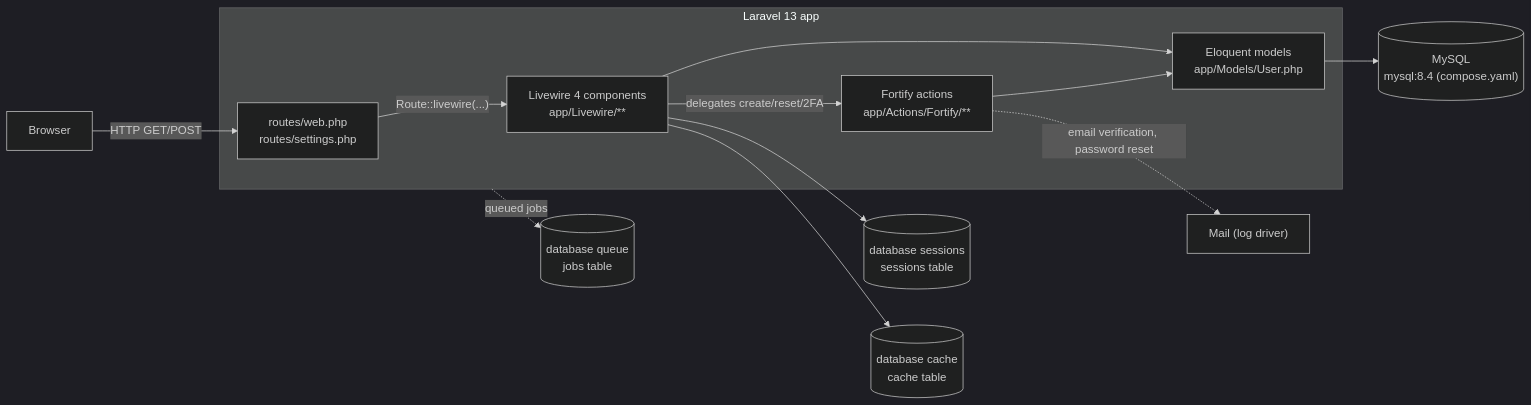
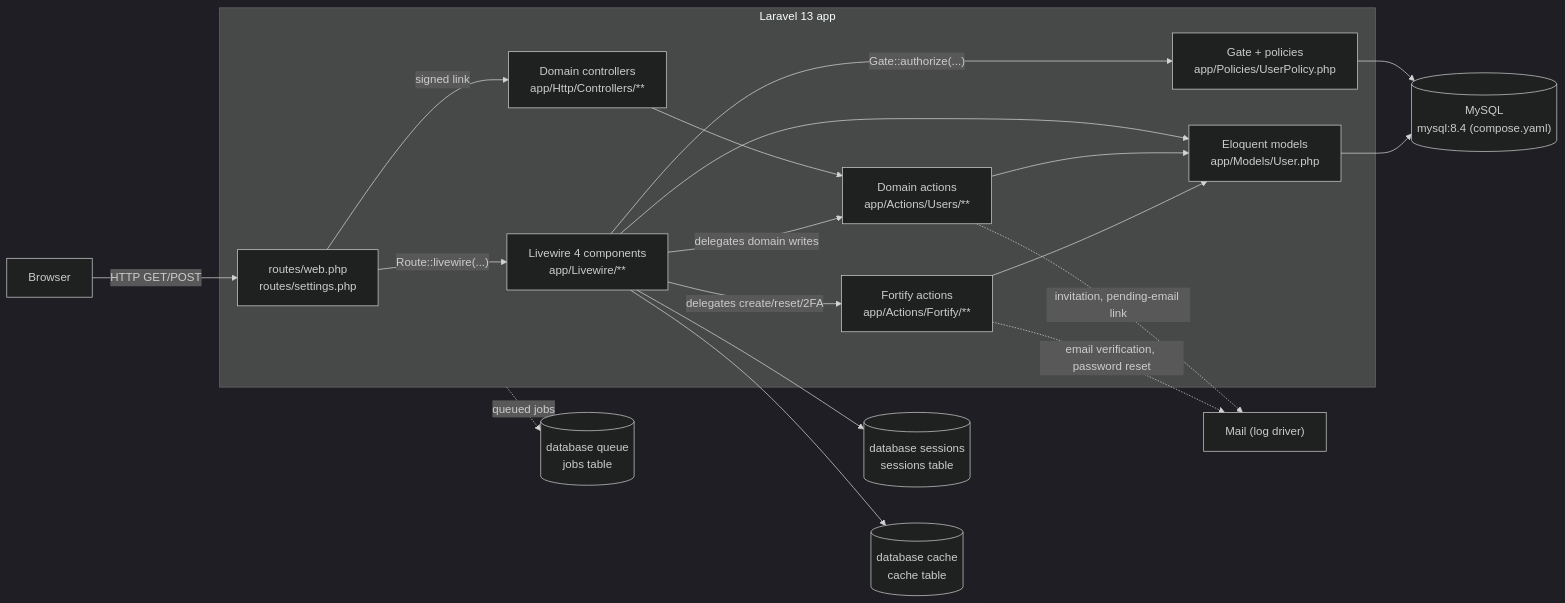
Before and after one commit to LIDR-academy/AI4Devs-finalproject: the diagram in arospe/docs/architecture/overview.md, drawn with Mermaid (dark theme). The commit also changed other lines of this file and 1 other file, not shown here.

First line of the commit message:
docs(architecture): fix drift in authentication.md and overview.md

````diff
--- a/arospe/docs/architecture/overview.md
+++ b/arospe/docs/architecture/overview.md
@@ -25,28 +25,38 @@
 ```mermaid
 flowchart LR
     Browser["Browser"]
 
     subgraph Laravel["Laravel 13 app"]
         Routes["routes/web.php\nroutes/settings.php"]
         Livewire["Livewire 4 components\napp/Livewire/**"]
+        Controllers["Domain controllers\napp/Http/Controllers/**"]
+        Gate["Gate + policies\napp/Policies/UserPolicy.php"]
         Fortify["Fortify actions\napp/Actions/Fortify/**"]
+        Actions["Domain actions\napp/Actions/Users/**"]
         Models["Eloquent models\napp/Models/User.php"]
     end
 
     DB[("MySQL\nmysql:8.4 (compose.yaml)")]
     Queue[("database queue\njobs table")]
     Session[("database sessions\nsessions table")]
     Cache[("database cache\ncache table")]
     Mail["Mail (log driver)"]
 
     Browser -->|"HTTP GET/POST"| Routes
     Routes -->|"Route::livewire(...)"| Livewire
+    Routes -->|"signed link"| Controllers
+    Livewire -->|"Gate::authorize(...)"| Gate
     Livewire -->|"delegates create/reset/2FA"| Fortify
+    Livewire -->|"delegates domain writes"| Actions
+    Controllers --> Actions
     Fortify --> Models
+    Actions --> Models
     Livewire --> Models
     Models --> DB
+    Gate --> DB
     Livewire --> Session
     Livewire --> Cache
     Fortify -.->|"email verification, password reset"| Mail
+    Actions -.->|"invitation, pending-email link"| Mail
     Laravel -.->|"queued jobs"| Queue
 ```
````
